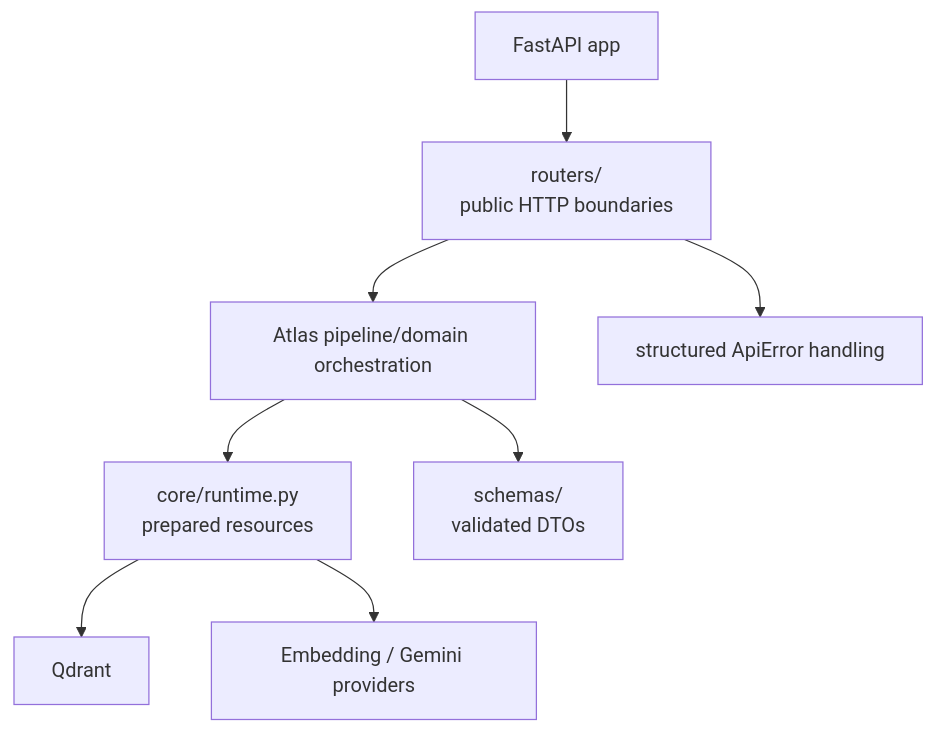
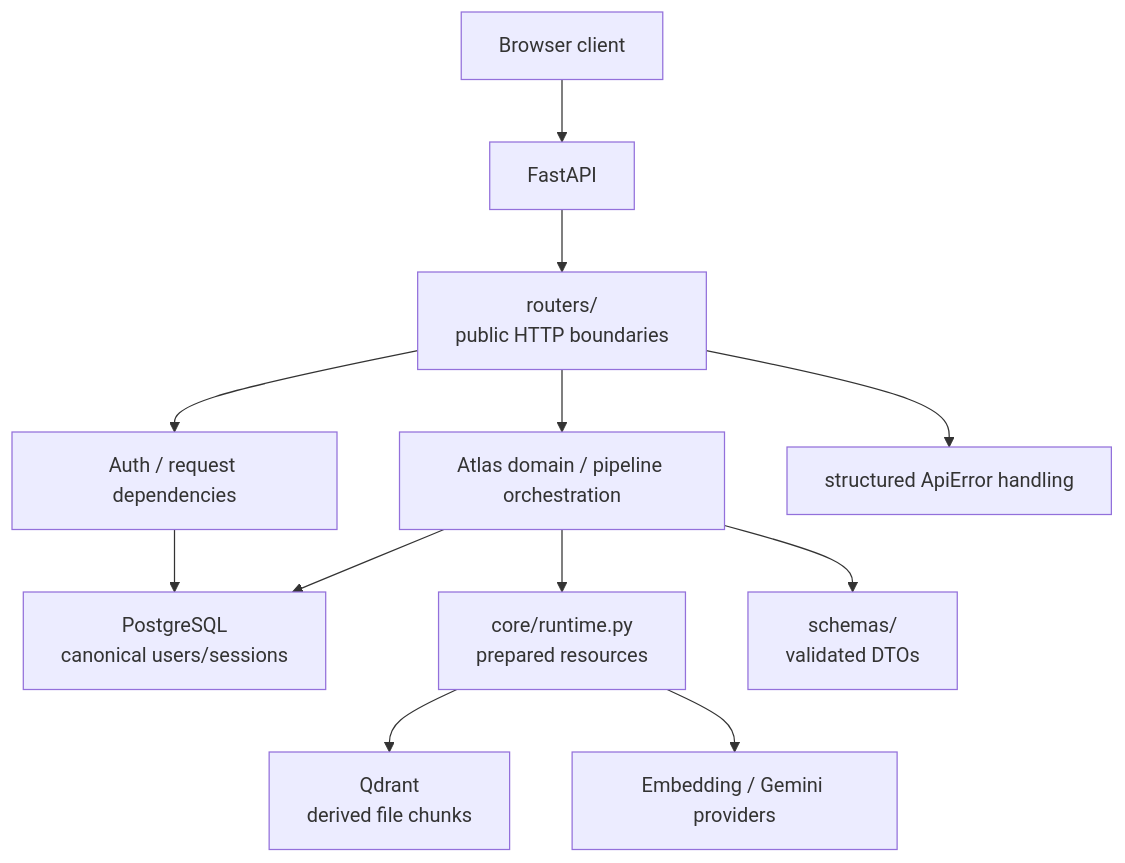
The first of 2 diagrams in server/AGENTS.md (RyxnDmello/atlas), drawn with Mermaid before and after one commit. The commit also changed other lines of this file and 49 other files, not shown here.

````diff
--- a/server/AGENTS.md
+++ b/server/AGENTS.md
@@ -89,10 +138,14 @@
 ```mermaid
 flowchart TD
-    FastAPI["FastAPI app"] --> Routers["routers/<br/>public HTTP boundaries"]
-    Routers --> Pipeline["Atlas pipeline/domain orchestration"]
-    Pipeline --> Runtime["core/runtime.py<br/>prepared resources"]
-    Runtime --> Qdrant["Qdrant"]
+    Client["Browser client"] --> FastAPI["FastAPI"]
+    FastAPI --> Routers["routers/<br/>public HTTP boundaries"]
+    Routers --> Auth["Auth / request dependencies"]
+    Routers --> Domain["Atlas domain / pipeline orchestration"]
+    Auth --> Postgres["PostgreSQL<br/>canonical users/sessions"]
+    Domain --> Postgres
+    Domain --> Runtime["core/runtime.py<br/>prepared resources"]
+    Runtime --> Qdrant["Qdrant<br/>derived file chunks"]
     Runtime --> Providers["Embedding / Gemini providers"]
-    Pipeline --> Schemas["schemas/<br/>validated DTOs"]
+    Domain --> Schemas["schemas/<br/>validated DTOs"]
     Routers --> Errors["structured ApiError handling"]
 ```
````
